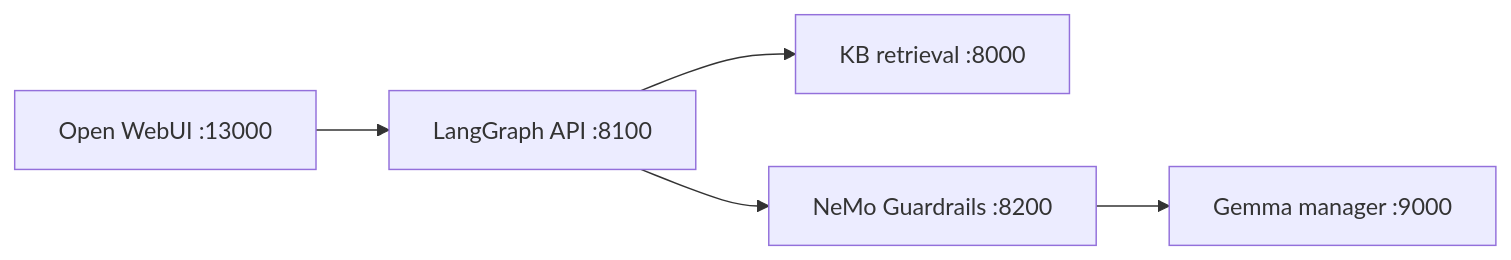
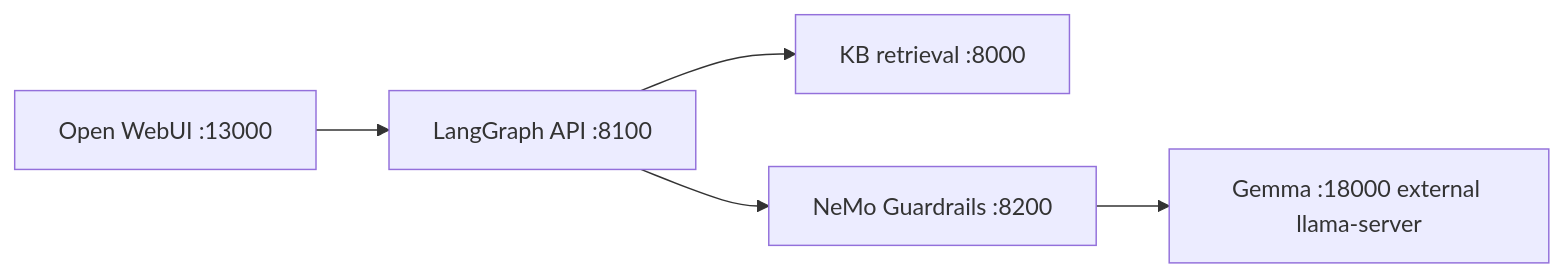
One commit to AliNikkhah2001/Work_Credit-RAG_Phase1 changed the diagram in README.md. Above: the diagram before and after it, drawn with Mermaid. The commit also changed other lines of this file, not shown here.

Commit message:
docs: update README for Vast public deployment (18000 external Gemma, 13000 public, compose.mvp)

````diff
--- a/README.md
+++ b/README.md
@@ -20,7 +20,7 @@
 ```mermaid
 flowchart LR
     UI["Open WebUI :13000"] --> ORCH["LangGraph API :8100"]
     ORCH --> KB["KB retrieval :8000"]
     ORCH --> GR["NeMo Guardrails :8200"]
-    GR --> GEMMA["Gemma manager :9000"]
+    GR --> GEMMA["Gemma :18000 external llama-server"]
 ```
````
